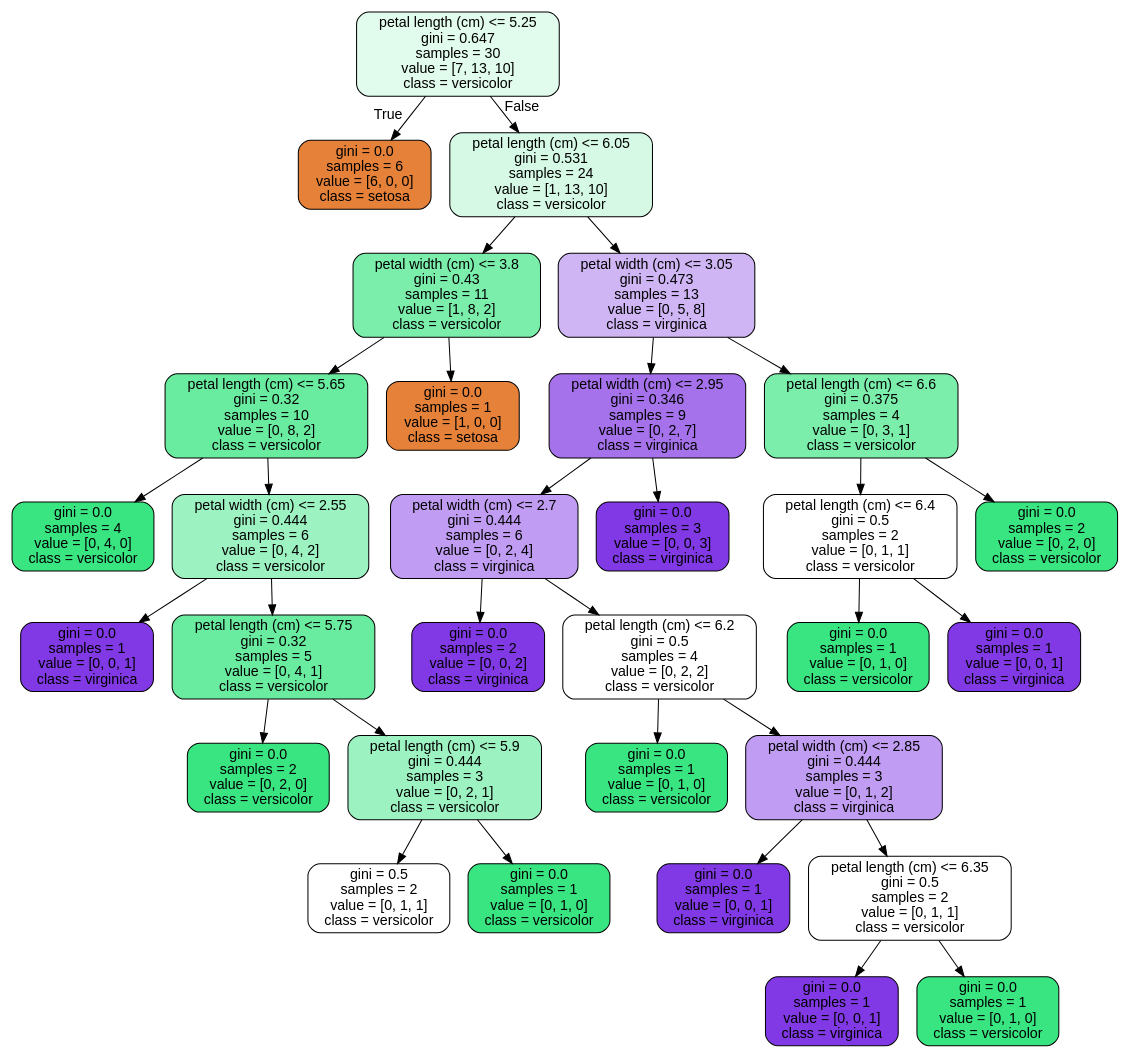
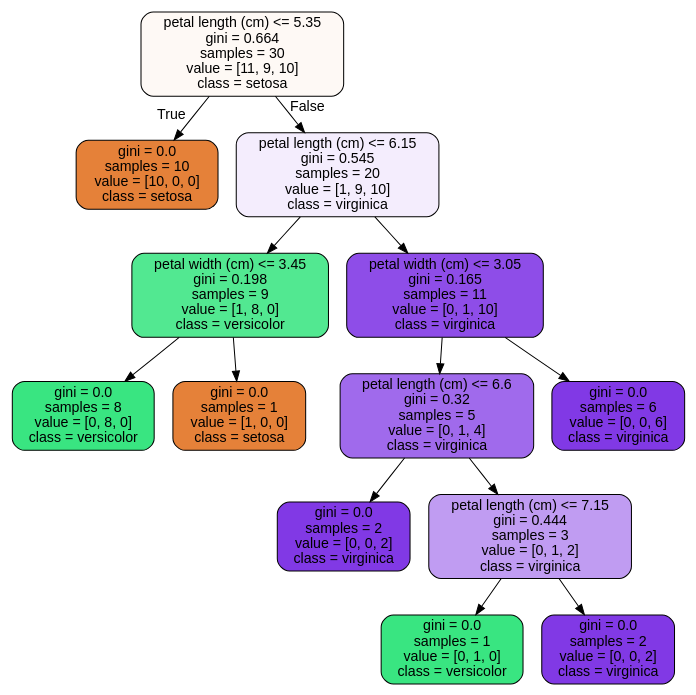
The diagram in images/decision_trees/iris_tree_test.dot (JoseDeJesusMendozaBecerril/Practica4_MineriaDeDatos), drawn with Graphviz before and after one commit. The commit also changed 8 other files, not shown here.

```diff
--- a/images/decision_trees/iris_tree_test.dot
+++ b/images/decision_trees/iris_tree_test.dot
@@ -1,65 +1,29 @@
 digraph Tree {
 node [shape=box, style="filled, rounded", color="black", fontname=helvetica] ;
 edge [fontname=helvetica] ;
-0 [label="petal length (cm) <= 5.25\ngini = 0.647\nsamples = 30\nvalue = [7, 13, 10]\nclass = versicolor", fillcolor="#e1fbec"] ;
-1 [label="gini = 0.0\nsamples = 6\nvalue = [6, 0, 0]\nclass = setosa", fillcolor="#e58139"] ;
+0 [label="petal length (cm) <= 5.35\ngini = 0.664\nsamples = 30\nvalue = [11, 9, 10]\nclass = setosa", fillcolor="#fef9f5"] ;
+1 [label="gini = 0.0\nsamples = 10\nvalue = [10, 0, 0]\nclass = setosa", fillcolor="#e58139"] ;
 0 -> 1 [labeldistance=2.5, labelangle=45, headlabel="True"] ;
-2 [label="petal length (cm) <= 6.05\ngini = 0.531\nsamples = 24\nvalue = [1, 13, 10]\nclass = versicolor", fillcolor="#d5f9e4"] ;
+2 [label="petal length (cm) <= 6.15\ngini = 0.545\nsamples = 20\nvalue = [1, 9, 10]\nclass = virginica", fillcolor="#f4edfd"] ;
 0 -> 2 [labeldistance=2.5, labelangle=-45, headlabel="False"] ;
-3 [label="petal width (cm) <= 3.8\ngini = 0.43\nsamples = 11\nvalue = [1, 8, 2]\nclass = versicolor", fillcolor="#7beeab"] ;
+3 [label="petal width (cm) <= 3.45\ngini = 0.198\nsamples = 9\nvalue = [1, 8, 0]\nclass = versicolor", fillcolor="#52e891"] ;
 2 -> 3 ;
-4 [label="petal length (cm) <= 5.65\ngini = 0.32\nsamples = 10\nvalue = [0, 8, 2]\nclass = versicolor", fillcolor="#6aeca0"] ;
+4 [label="gini = 0.0\nsamples = 8\nvalue = [0, 8, 0]\nclass = versicolor", fillcolor="#39e581"] ;
 3 -> 4 ;
-5 [label="gini = 0.0\nsamples = 4\nvalue = [0, 4, 0]\nclass = versicolor", fillcolor="#39e581"] ;
-4 -> 5 ;
-6 [label="petal width (cm) <= 2.55\ngini = 0.444\nsamples = 6\nvalue = [0, 4, 2]\nclass = versicolor", fillcolor="#9cf2c0"] ;
-4 -> 6 ;
-7 [label="gini = 0.0\nsamples = 1\nvalue = [0, 0, 1]\nclass = virginica", fillcolor="#8139e5"] ;
+5 [label="gini = 0.0\nsamples = 1\nvalue = [1, 0, 0]\nclass = setosa", fillcolor="#e58139"] ;
+3 -> 5 ;
+6 [label="petal width (cm) <= 3.05\ngini = 0.165\nsamples = 11\nvalue = [0, 1, 10]\nclass = virginica", fillcolor="#8e4de8"] ;
+2 -> 6 ;
+7 [label="petal length (cm) <= 6.6\ngini = 0.32\nsamples = 5\nvalue = [0, 1, 4]\nclass = virginica", fillcolor="#a06aec"] ;
 6 -> 7 ;
-8 [label="petal length (cm) <= 5.75\ngini = 0.32\nsamples = 5\nvalue = [0, 4, 1]\nclass = versicolor", fillcolor="#6aeca0"] ;
-6 -> 8 ;
-9 [label="gini = 0.0\nsamples = 2\nvalue = [0, 2, 0]\nclass = versicolor", fillcolor="#39e581"] ;
-8 -> 9 ;
-10 [label="petal length (cm) <= 5.9\ngini = 0.444\nsamples = 3\nvalue = [0, 2, 1]\nclass = versicolor", fillcolor="#9cf2c0"] ;
-8 -> 10 ;
-11 [label="gini = 0.5\nsamples = 2\nvalue = [0, 1, 1]\nclass = versicolor", fillcolor="#ffffff"] ;
-10 -> 11 ;
-12 [label="gini = 0.0\nsamples = 1\nvalue = [0, 1, 0]\nclass = versicolor", fillcolor="#39e581"] ;
-10 -> 12 ;
-13 [label="gini = 0.0\nsamples = 1\nvalue = [1, 0, 0]\nclass = setosa", fillcolor="#e58139"] ;
-3 -> 13 ;
-14 [label="petal width (cm) <= 3.05\ngini = 0.473\nsamples = 13\nvalue = [0, 5, 8]\nclass = virginica", fillcolor="#d0b5f5"] ;
-2 -> 14 ;
-15 [label="petal width (cm) <= 2.95\ngini = 0.346\nsamples = 9\nvalue = [0, 2, 7]\nclass = virginica", fillcolor="#a572ec"] ;
-14 -> 15 ;
-16 [label="petal width (cm) <= 2.7\ngini = 0.444\nsamples = 6\nvalue = [0, 2, 4]\nclass = virginica", fillcolor="#c09cf2"] ;
-15 -> 16 ;
-17 [label="gini = 0.0\nsamples = 2\nvalue = [0, 0, 2]\nclass = virginica", fillcolor="#8139e5"] ;
-16 -> 17 ;
-18 [label="petal length (cm) <= 6.2\ngini = 0.5\nsamples = 4\nvalue = [0, 2, 2]\nclass = versicolor", fillcolor="#ffffff"] ;
-16 -> 18 ;
-19 [label="gini = 0.0\nsamples = 1\nvalue = [0, 1, 0]\nclass = versicolor", fillcolor="#39e581"] ;
-18 -> 19 ;
-20 [label="petal width (cm) <= 2.85\ngini = 0.444\nsamples = 3\nvalue = [0, 1, 2]\nclass = virginica", fillcolor="#c09cf2"] ;
-18 -> 20 ;
-21 [label="gini = 0.0\nsamples = 1\nvalue = [0, 0, 1]\nclass = virginica", fillcolor="#8139e5"] ;
-20 -> 21 ;
-22 [label="petal length (cm) <= 6.35\ngini = 0.5\nsamples = 2\nvalue = [0, 1, 1]\nclass = versicolor", fillcolor="#ffffff"] ;
-20 -> 22 ;
-23 [label="gini = 0.0\nsamples = 1\nvalue = [0, 0, 1]\nclass = virginica", fillcolor="#8139e5"] ;
-22 -> 23 ;
-24 [label="gini = 0.0\nsamples = 1\nvalue = [0, 1, 0]\nclass = versicolor", fillcolor="#39e581"] ;
-22 -> 24 ;
-25 [label="gini = 0.0\nsamples = 3\nvalue = [0, 0, 3]\nclass = virginica", fillcolor="#8139e5"] ;
-15 -> 25 ;
-26 [label="petal length (cm) <= 6.6\ngini = 0.375\nsamples = 4\nvalue = [0, 3, 1]\nclass = versicolor", fillcolor="#7beeab"] ;
-14 -> 26 ;
-27 [label="petal length (cm) <= 6.4\ngini = 0.5\nsamples = 2\nvalue = [0, 1, 1]\nclass = versicolor", fillcolor="#ffffff"] ;
-26 -> 27 ;
-28 [label="gini = 0.0\nsamples = 1\nvalue = [0, 1, 0]\nclass = versicolor", fillcolor="#39e581"] ;
-27 -> 28 ;
-29 [label="gini = 0.0\nsamples = 1\nvalue = [0, 0, 1]\nclass = virginica", fillcolor="#8139e5"] ;
-27 -> 29 ;
-30 [label="gini = 0.0\nsamples = 2\nvalue = [0, 2, 0]\nclass = versicolor", fillcolor="#39e581"] ;
-26 -> 30 ;
+8 [label="gini = 0.0\nsamples = 2\nvalue = [0, 0, 2]\nclass = virginica", fillcolor="#8139e5"] ;
+7 -> 8 ;
+9 [label="petal length (cm) <= 7.15\ngini = 0.444\nsamples = 3\nvalue = [0, 1, 2]\nclass = virginica", fillcolor="#c09cf2"] ;
+7 -> 9 ;
+10 [label="gini = 0.0\nsamples = 1\nvalue = [0, 1, 0]\nclass = versicolor", fillcolor="#39e581"] ;
+9 -> 10 ;
+11 [label="gini = 0.0\nsamples = 2\nvalue = [0, 0, 2]\nclass = virginica", fillcolor="#8139e5"] ;
+9 -> 11 ;
+12 [label="gini = 0.0\nsamples = 6\nvalue = [0, 0, 6]\nclass = virginica", fillcolor="#8139e5"] ;
+6 -> 12 ;
 }
```
